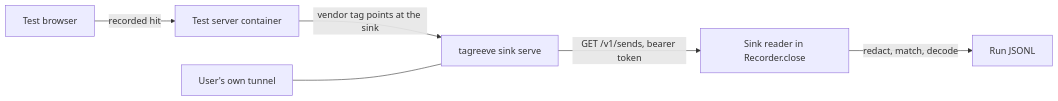
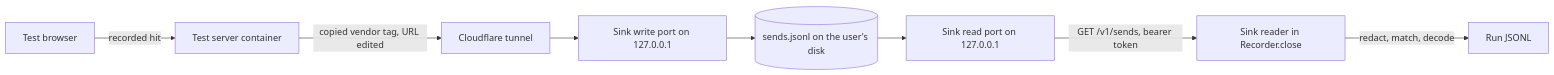
The second of 2 diagrams in docs/plan-0.5.md (alfhen/pingwright), drawn with Mermaid before and after one commit. The commit also changed other lines of this file, not shown here.

First line of the commit message:
docs: revise the 0.5.0 plan for the sink decision

````diff
--- a/docs/plan-0.5.md
+++ b/docs/plan-0.5.md
@@ -125,8 +158,10 @@
 ```mermaid
 flowchart LR
   B[Test browser] -->|recorded hit| S[Test server container]
-  S -->|vendor tag points at the sink| K[tagreeve sink serve]
-  U[User's own tunnel] --- K
-  K -->|GET /v1/sends, bearer token| R[Sink reader in Recorder.close]
+  S -->|copied vendor tag, URL edited| T[Cloudflare tunnel]
+  T --> W[Sink write port on 127.0.0.1]
+  W --> F[(sends.jsonl on the user's disk)]
+  F --> P[Sink read port on 127.0.0.1]
+  P -->|GET /v1/sends, bearer token| R[Sink reader in Recorder.close]
   R -->|redact, match, decode| J[Run JSONL]
 ```
````
